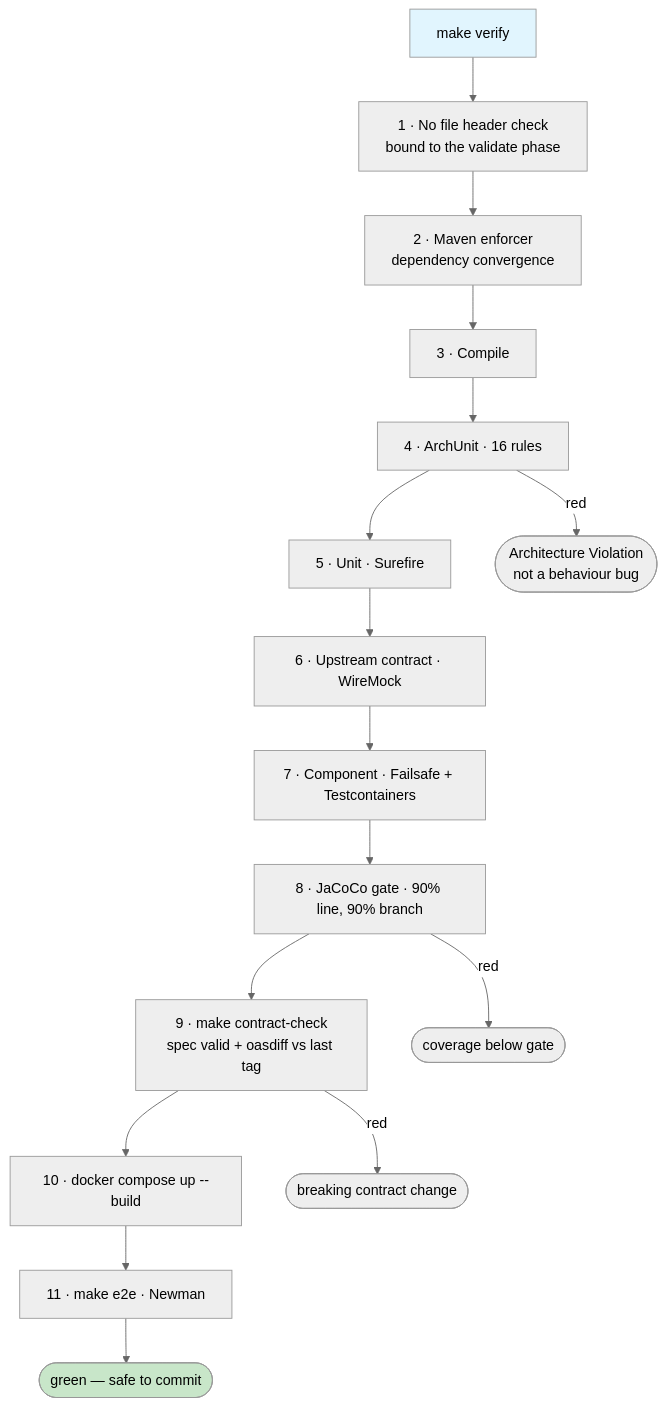
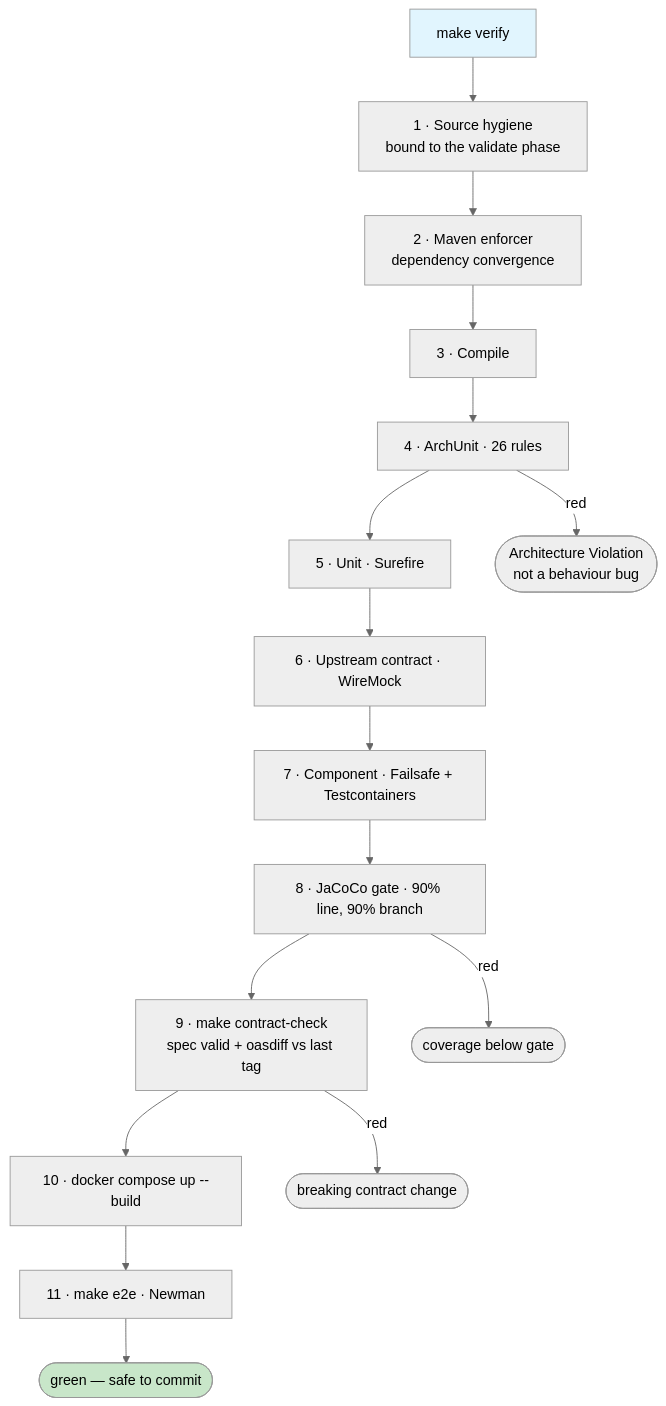
One commit to davidmtzenciso/pokedex-api changed the diagram in docs/diagrams/verification-gates.md. Above: the diagram before and after it, drawn with Mermaid (neutral theme). The commit also changed other lines of this file and 342 other files, not shown here.

````diff
--- a/docs/diagrams/verification-gates.md
+++ b/docs/diagrams/verification-gates.md
@@ -5,22 +5,22 @@
 ```mermaid
 flowchart TD
-  V["make verify"] --> H["1 · No file header check<br/>bound to the validate phase"]
+  V["make verify"] --> H["1 · Source hygiene<br/>bound to the validate phase"]
   H --> E["2 · Maven enforcer<br/>dependency convergence"]
   E --> C["3 · Compile"]
-  C --> A["4 · ArchUnit · 16 rules"]
+  C --> A["4 · ArchUnit · 26 rules"]
   A --> U["5 · Unit · Surefire"]
   U --> W["6 · Upstream contract · WireMock"]
   W --> K["7 · Component · Failsafe + Testcontainers"]
   K --> J["8 · JaCoCo gate · 90% line, 90% branch"]
   J --> S["9 · make contract-check<br/>spec valid + oasdiff vs last tag"]
   S --> D["10 · docker compose up --build"]
   D --> N["11 · make e2e · Newman"]
   N --> OK([green — safe to commit])
 
   A -->|red| FA([Architecture Violation<br/>not a behaviour bug])
   J -->|red| FJ([coverage below gate])
   S -->|red| FS([breaking contract change])
 
   style V fill:#e1f5fe
   style OK fill:#c8e6c9
 ```
````
